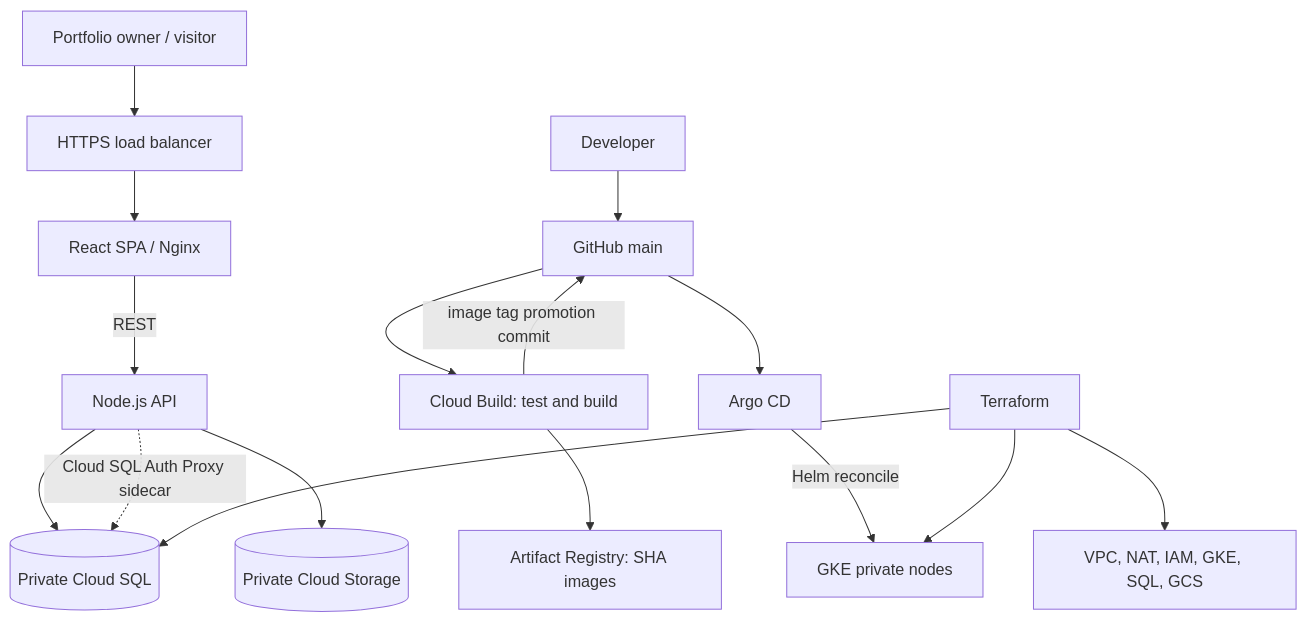
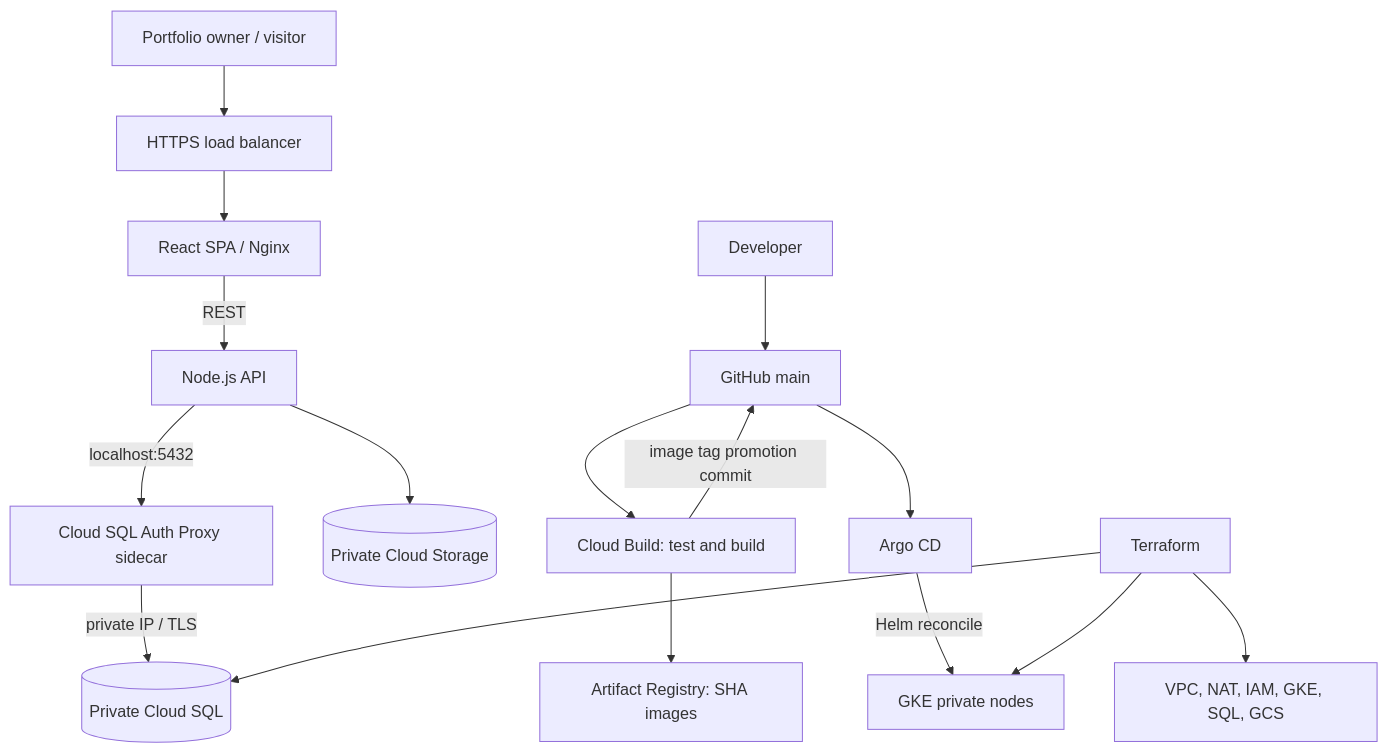
Before and after one commit to S-charan120/showcaseme-gcp-devops: the diagram in docs/architecture.md, drawn with Mermaid.

Commit message:
docs: show Cloud SQL proxy in runtime request path

````diff
--- a/docs/architecture.md
+++ b/docs/architecture.md
@@ -19,18 +19,18 @@
 ```mermaid
 flowchart TB
     User[Portfolio owner / visitor] --> LB[HTTPS load balancer]
     LB --> Web[React SPA / Nginx]
     Web -->|REST| API[Node.js API]
-    API --> SQL[(Private Cloud SQL)]
+    API -->|localhost:5432| Proxy[Cloud SQL Auth Proxy sidecar]
+    Proxy -->|private IP / TLS| SQL[(Private Cloud SQL)]
     API --> GCS[(Private Cloud Storage)]
-    API -.->|Cloud SQL Auth Proxy sidecar| SQL
     Dev[Developer] --> Git[GitHub main]
     Git --> CB[Cloud Build: test and build]
     CB --> AR[Artifact Registry: SHA images]
     CB -->|image tag promotion commit| Git
     Git --> Argo[Argo CD]
     Argo -->|Helm reconcile| GKE[GKE private nodes]
     TF[Terraform] --> VPC[VPC, NAT, IAM, GKE, SQL, GCS]
     TF --> GKE
     TF --> SQL
 ```
````
